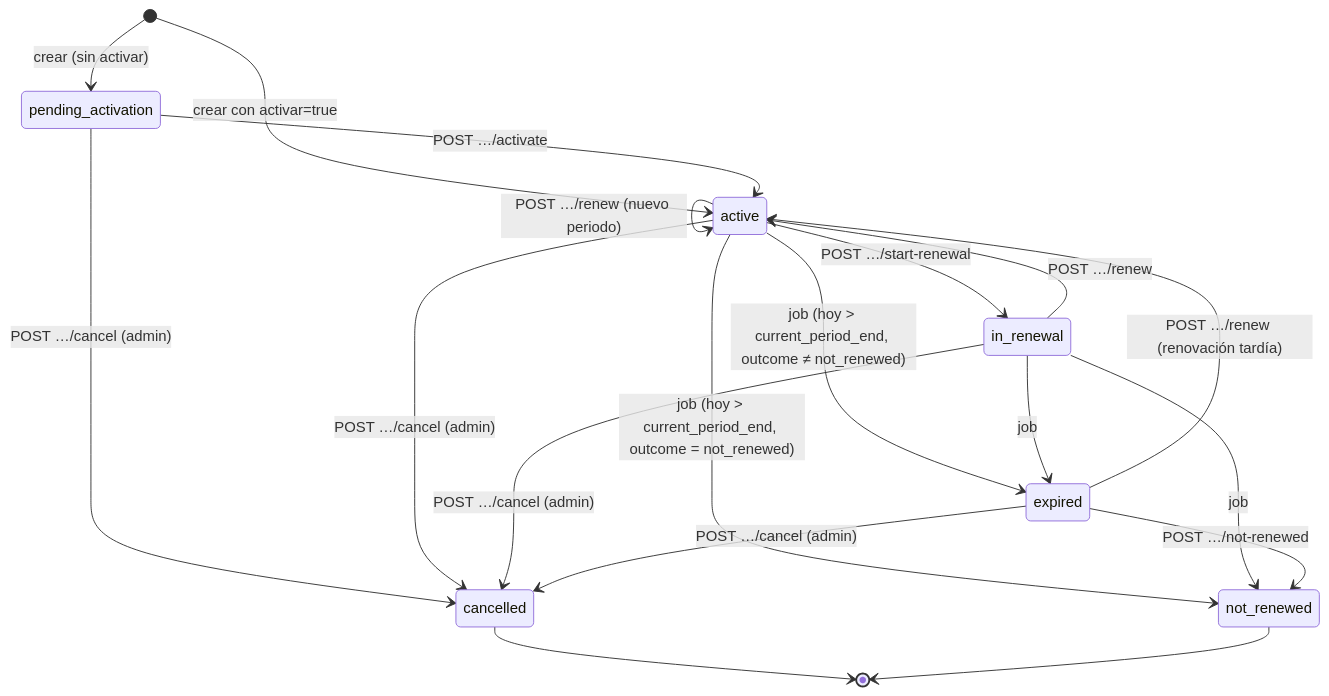
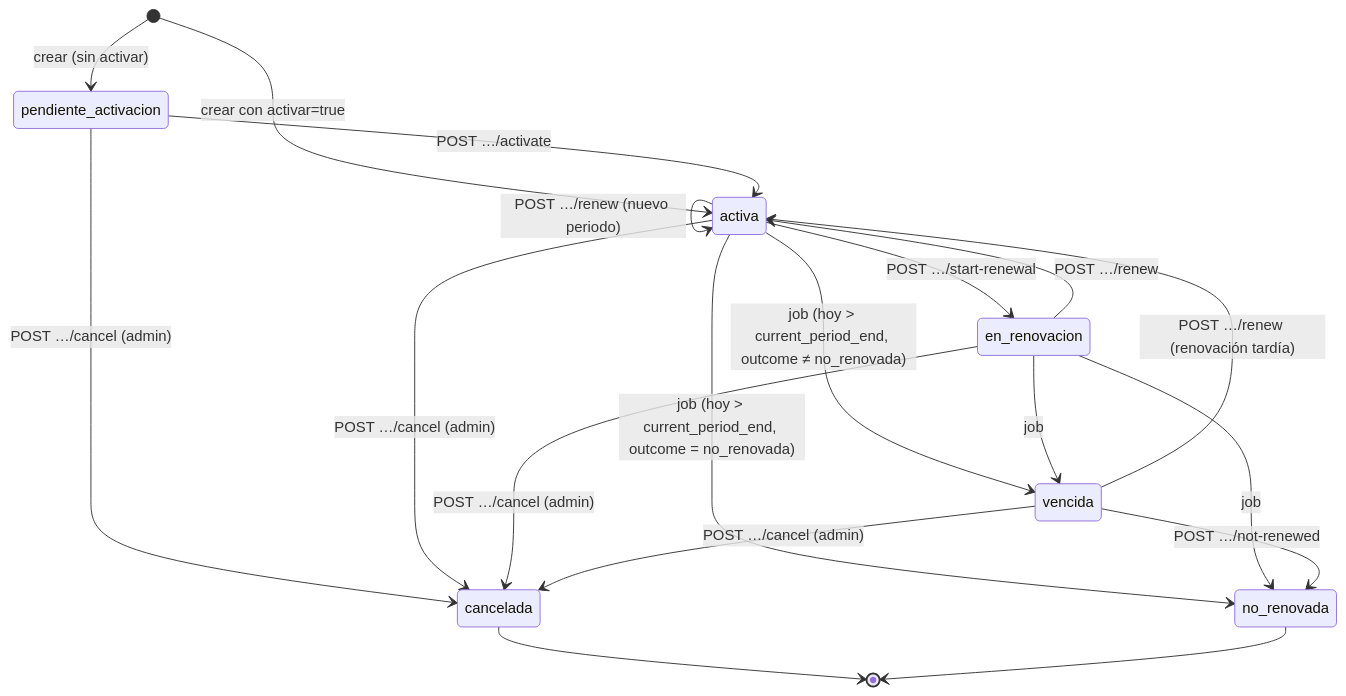
Before and after one commit to DeibyRamirez/Gestion_Fabsoft: the second of 2 diagrams in docs/data-model.md, drawn with Mermaid. The commit also changed other lines of this file and 472 other files, not shown here.

````diff
--- a/docs/data-model.md
+++ b/docs/data-model.md
@@ -252,21 +254,21 @@
 ```mermaid
 stateDiagram-v2
-  [*] --> pending_activation : crear (sin activar)
-  [*] --> active : crear con activar=true
-  pending_activation --> active : POST …/activate
-  pending_activation --> cancelled : POST …/cancel (admin)
-  active --> in_renewal : POST …/start-renewal
-  active --> active : POST …/renew (nuevo periodo)
-  in_renewal --> active : POST …/renew
-  active --> expired : job (hoy > current_period_end, outcome ≠ not_renewed)
-  in_renewal --> expired : job
-  active --> not_renewed : job (hoy > current_period_end, outcome = not_renewed)
-  in_renewal --> not_renewed : job
-  expired --> active : POST …/renew (renovación tardía)
-  expired --> not_renewed : POST …/not-renewed
-  active --> cancelled : POST …/cancel (admin)
-  in_renewal --> cancelled : POST …/cancel (admin)
-  expired --> cancelled : POST …/cancel (admin)
-  cancelled --> [*]
-  not_renewed --> [*]
+  [*] --> pendiente_activacion : crear (sin activar)
+  [*] --> activa : crear con activar=true
+  pendiente_activacion --> activa : POST …/activate
+  pendiente_activacion --> cancelada : POST …/cancel (admin)
+  activa --> en_renovacion : POST …/start-renewal
+  activa --> activa : POST …/renew (nuevo periodo)
+  en_renovacion --> activa : POST …/renew
+  activa --> vencida : job (hoy > current_period_end, outcome ≠ no_renovada)
+  en_renovacion --> vencida : job
+  activa --> no_renovada : job (hoy > current_period_end, outcome = no_renovada)
+  en_renovacion --> no_renovada : job
+  vencida --> activa : POST …/renew (renovación tardía)
+  vencida --> no_renovada : POST …/not-renewed
+  activa --> cancelada : POST …/cancel (admin)
+  en_renovacion --> cancelada : POST …/cancel (admin)
+  vencida --> cancelada : POST …/cancel (admin)
+  cancelada --> [*]
+  no_renovada --> [*]
 ```
````
